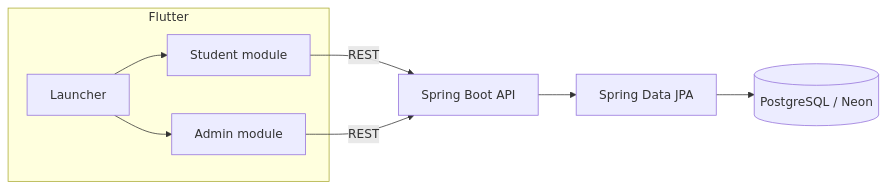
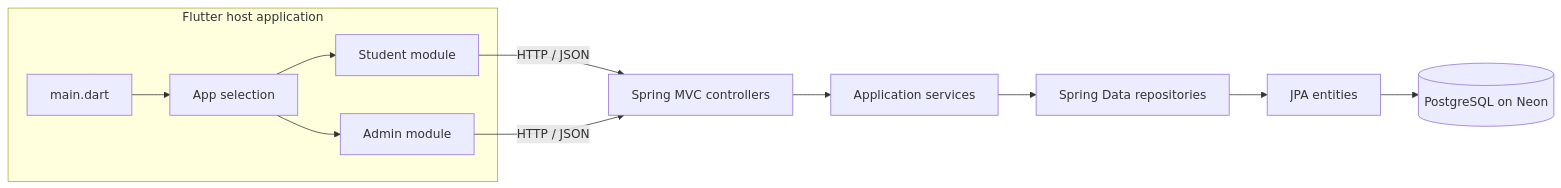
One commit to SaiPrashanth1602/SHUBUS-FINAL changed the first of 2 diagrams in SDC.md. Above: the diagram before and after it, drawn with Mermaid. The commit also changed other lines of this file and 2 other files, not shown here.

````diff
--- a/SDC.md
+++ b/SDC.md
@@ -26,14 +42,18 @@
 ```mermaid
 flowchart LR
-  subgraph Flutter
-    L[Launcher]
-    S[Student module]
-    A[Admin module]
-    L --> S
-    L --> A
+  subgraph Client[Flutter host application]
+    Entry[main.dart]
+    Picker[App selection]
+    Student[Student module]
+    Admin[Admin module]
+    Entry --> Picker
+    Picker --> Student
+    Picker --> Admin
   end
-  S -->|REST| API[Spring Boot API]
-  A -->|REST| API
-  API --> JPA[Spring Data JPA]
-  JPA --> DB[(PostgreSQL / Neon)]
+  Student -->|HTTP / JSON| API[Spring MVC controllers]
+  Admin -->|HTTP / JSON| API
+  API --> Services[Application services]
+  Services --> Repositories[Spring Data repositories]
+  Repositories --> Entities[JPA entities]
+  Entities --> DB[(PostgreSQL on Neon)]
 ```
````
